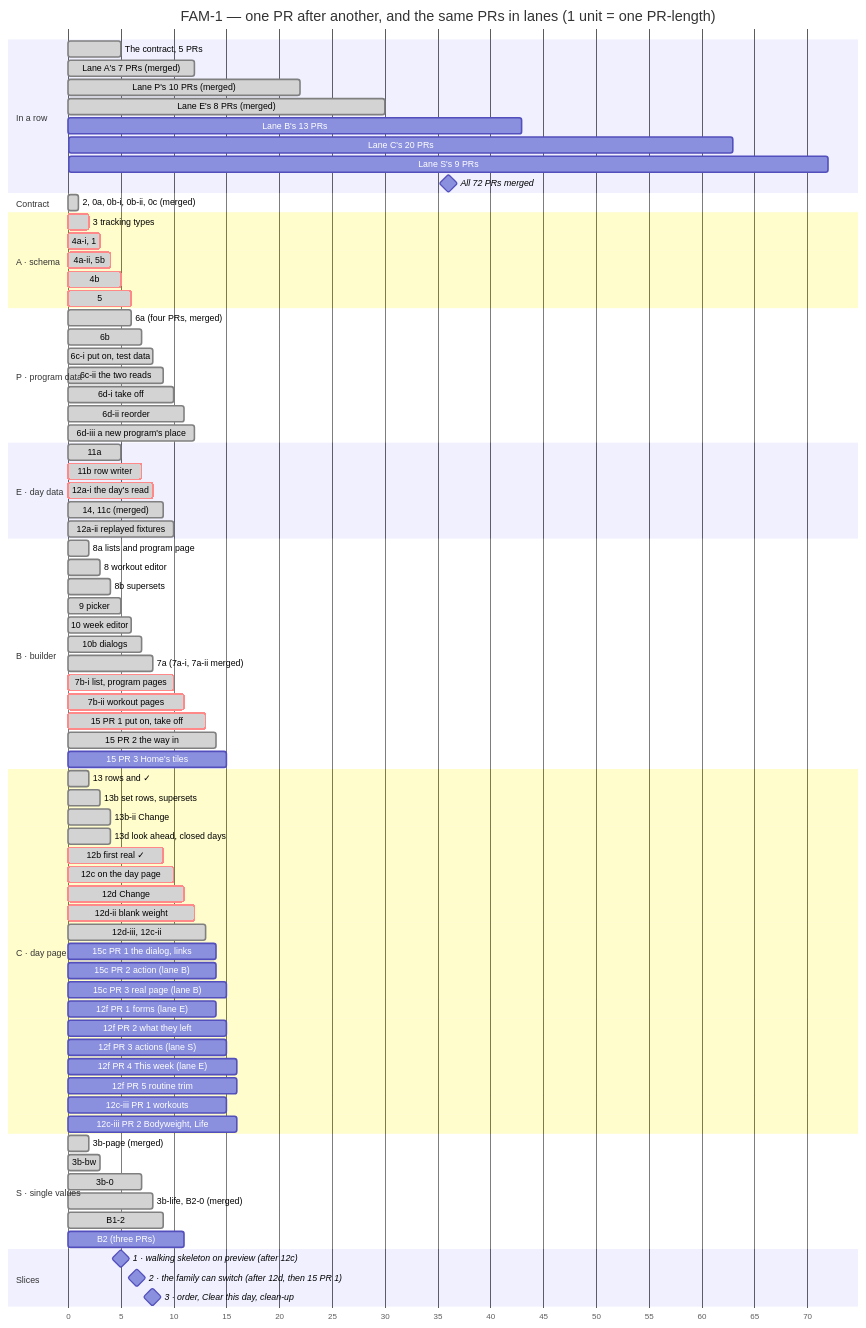
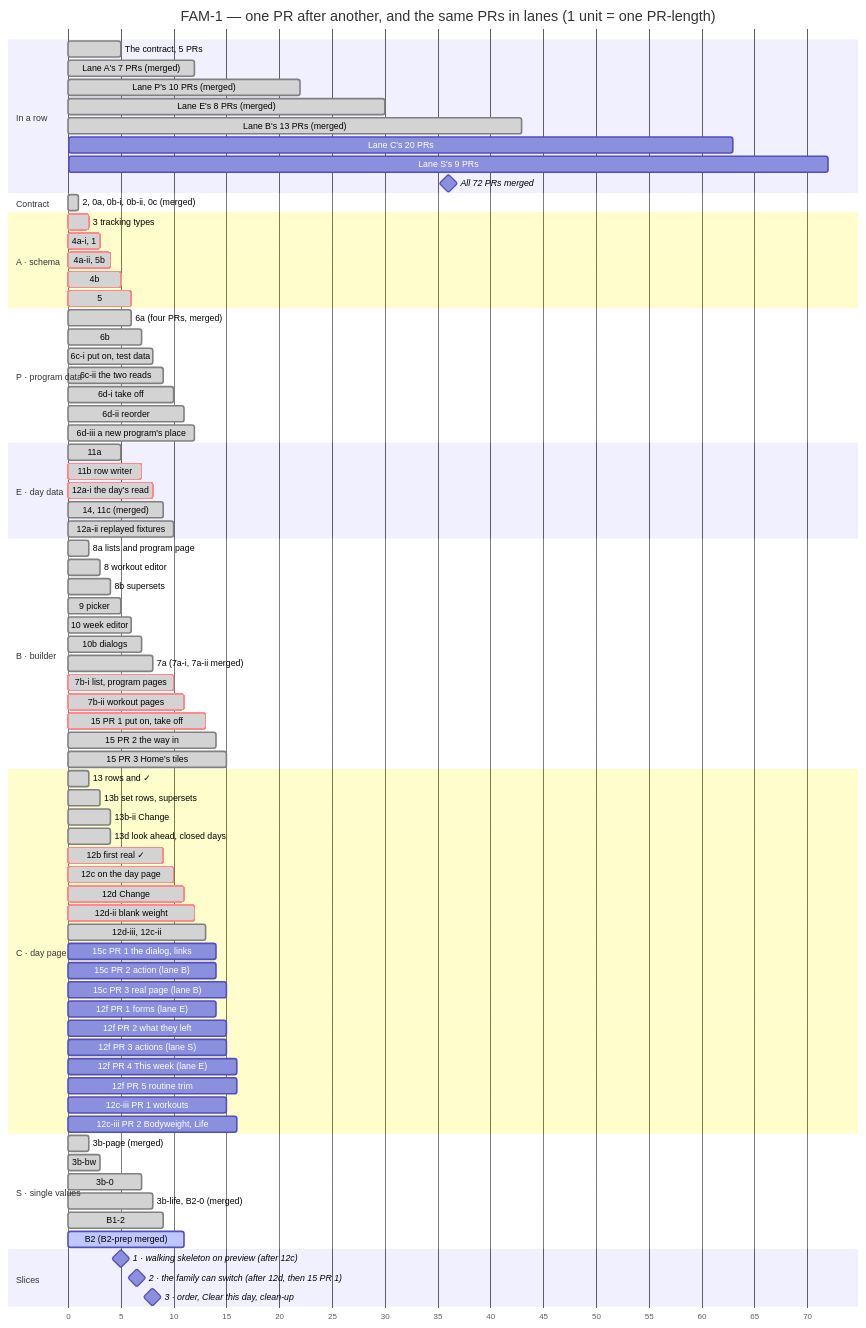
One commit to ralamode/mat-plan changed the second of 2 diagrams in docs/milestones/fam-1-family-program.md. Above: the diagram before and after it, drawn with Mermaid. The commit also changed other lines of this file and 1 other file, not shown here.

First line of the commit message:
docs(fam-1): step 15 is done and Clear this day's prep is merged; the milestone counts 60 of 72 (#734)

```diff
--- a/docs/milestones/fam-1-family-program.md
+++ b/docs/milestones/fam-1-family-program.md
@@ -269,7 +269,7 @@
   Lane A's 7 PRs (merged)      :done, r1, 5, 12
   Lane P's 10 PRs (merged)     :done, r2, 12, 22
   Lane E's 8 PRs (merged)      :done, r3, 22, 30
-  Lane B's 13 PRs              :r4, 30, 43
+  Lane B's 13 PRs (merged)     :done, r4, 30, 43
   Lane C's 20 PRs              :r5, 43, 63
   Lane S's 9 PRs               :r6, 63, 72
   All 72 PRs merged            :milestone, rm, 72, 72
@@ -312,7 +312,7 @@
   7b-ii workout pages          :crit, done, b8b, 10, 11
   15 PR 1 put on, take off     :crit, done, b9, 12, 13
   15 PR 2 the way in           :done, b9b, 13, 14
-  15 PR 3 Home's tiles         :b9c, 14, 15
+  15 PR 3 Home's tiles         :done, b9c, 14, 15
 
   section C · day page
   13 rows and ✓                :done, c1, 1, 2
@@ -341,7 +341,7 @@
   3b-0                         :done, s3, 6, 7
   3b-life, B2-0 (merged)       :done, s4, 7, 8
   B1-2                         :done, s5, 8, 9
-  B2 (three PRs)               :s6, 10, 11
+  B2 (B2-prep merged)          :active, s6, 10, 11
 
   section Slices
   1 · walking skeleton on preview (after 12c) :milestone, m1, 10, 10
```
